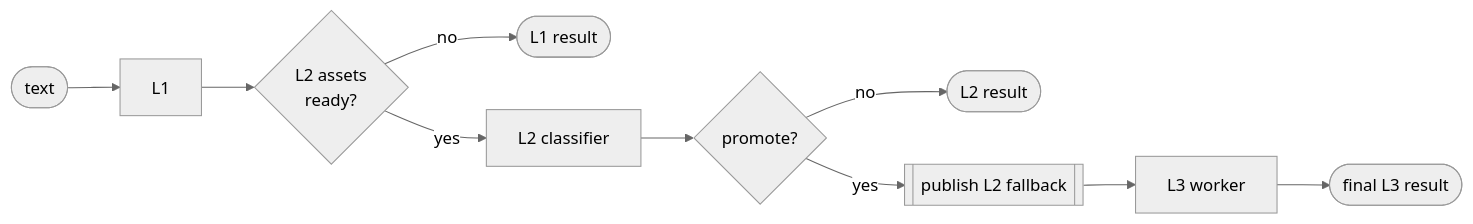
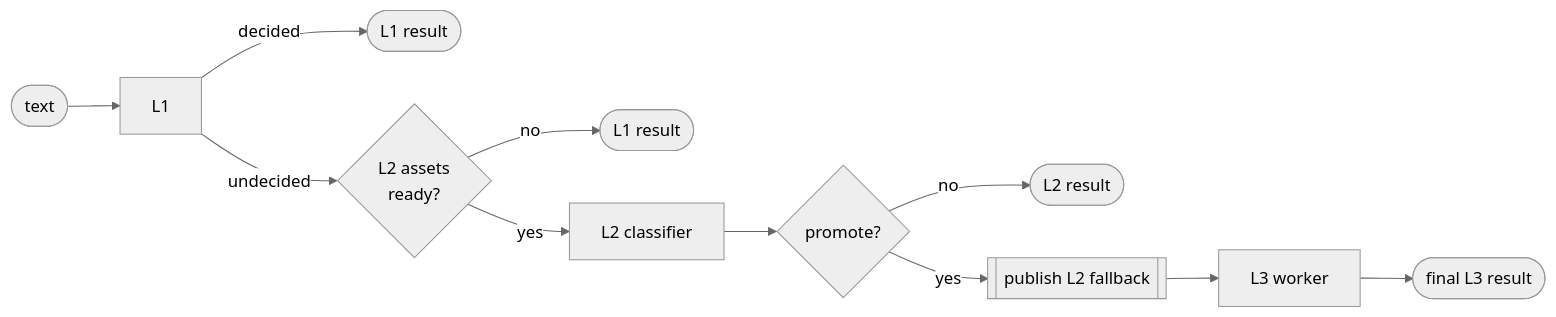
The third of 3 diagrams in docs/concepts/layered-scanning.md (patronus-protect/patronus-security), drawn with Mermaid (neutral theme) before and after one commit. The commit also changed other lines of this file and 9 other files, not shown here.

````diff
--- a/docs/concepts/layered-scanning.md
+++ b/docs/concepts/layered-scanning.md
@@ -51,12 +255,13 @@
 ```mermaid
 flowchart LR
     IN([text]) --> L1
-    L1 --> L2{L2 assets<br/>ready?}
+    L1 -- decided --> OUT0([L1 result])
+    L1 -- undecided --> L2{L2 assets<br/>ready?}
     L2 -- no --> OUT1([L1 result])
     L2 -- yes --> L2R[L2 classifier]
     L2R --> P{promote?}
     P -- no --> OUT2([L2 result])
     P -- yes --> FB[[publish L2 fallback]]
     FB --> W[L3 worker]
     W --> OUT3([final L3 result])
 ```
````
